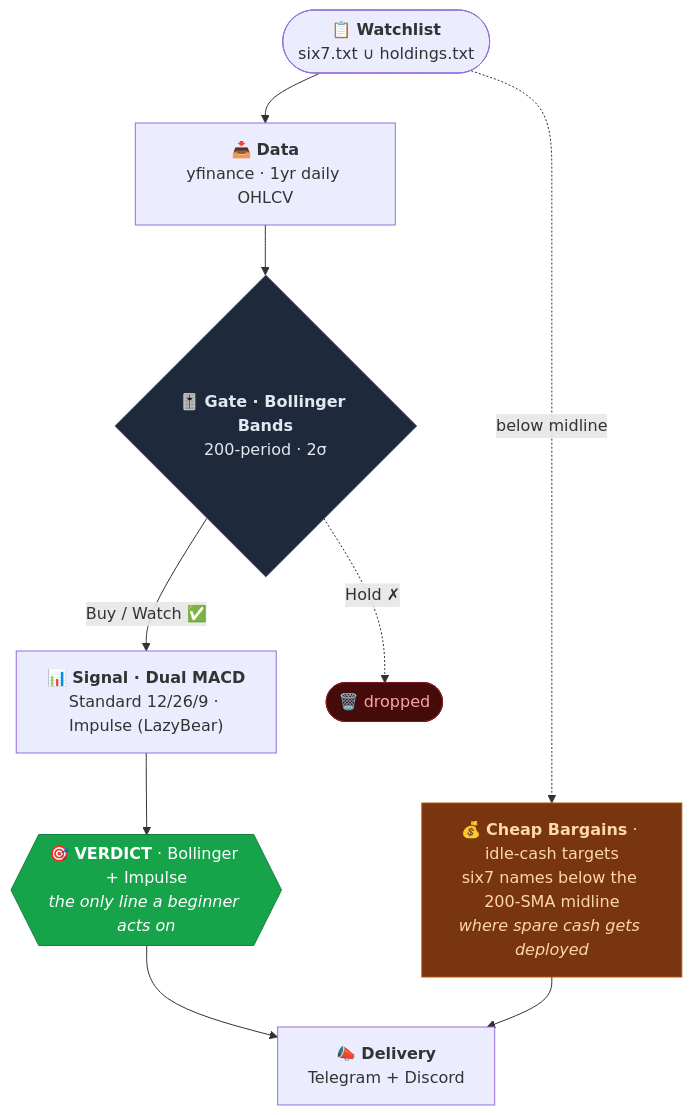
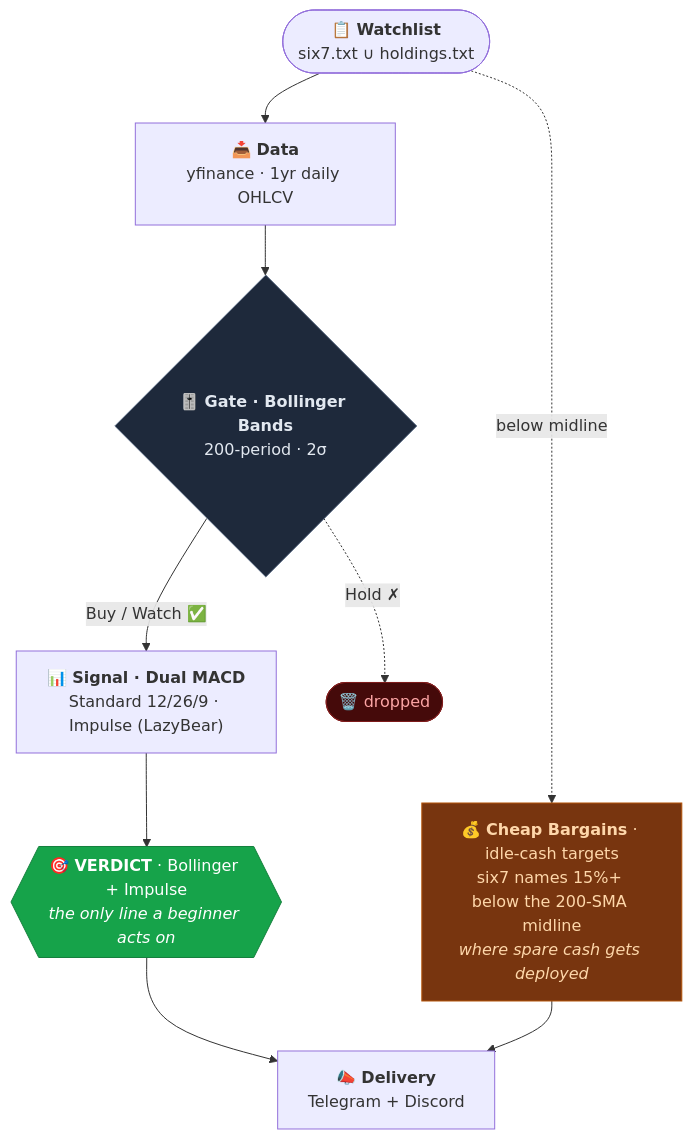
One commit to 0xCaretaker/Dip-Mafia changed the diagram in README.md. Above: the diagram before and after it, drawn with Mermaid. The commit also changed other lines of this file and 5 other files, not shown here.

First line of the commit message:
feat(bot): require a 15% discount for Cheap Bargains

````diff
--- a/README.md
+++ b/README.md
@@ -19,27 +19,27 @@
 ```mermaid
 flowchart TD
     A(["📋 <b>Watchlist</b><br/>six7.txt ∪ holdings.txt"])
     B["📥 <b>Data</b><br/>yfinance · 1yr daily OHLCV"]
     C{"🎚️ <b>Gate · Bollinger Bands</b><br/>200-period · 2σ"}
     D["📊 <b>Signal · Dual MACD</b><br/>Standard 12/26/9 · Impulse (LazyBear)"]
     V{{"🎯 <b>VERDICT</b> · Bollinger + Impulse<br/><i>the only line a beginner acts on</i>"}}
-    N["💰 <b>Cheap Bargains</b> · idle-cash targets<br/>six7 names below the 200-SMA midline<br/><i>where spare cash gets deployed</i>"]
+    N["💰 <b>Cheap Bargains</b> · idle-cash targets<br/>six7 names 15%+ below the 200-SMA midline<br/><i>where spare cash gets deployed</i>"]
     T["📣 <b>Delivery</b><br/>Telegram + Discord"]
     X(["🗑️ dropped"])
 
     A --> B --> C
     A -.->|"below midline"| N
     C -->|"Buy / Watch ✅"| D
     C -.->|"Hold ✗"| X
     D --> V --> T
     N --> T
 
     classDef gate fill:#1e293b,stroke:#64748b,color:#e2e8f0;
     classDef verdict fill:#16a34a,stroke:#15803d,color:#ffffff;
     classDef cash fill:#78350f,stroke:#b45309,color:#fed7aa;
     classDef drop fill:#450a0a,stroke:#7f1d1d,color:#fca5a5;
     class C gate;
     class V verdict;
     class N cash;
     class X drop;
 ```
````
